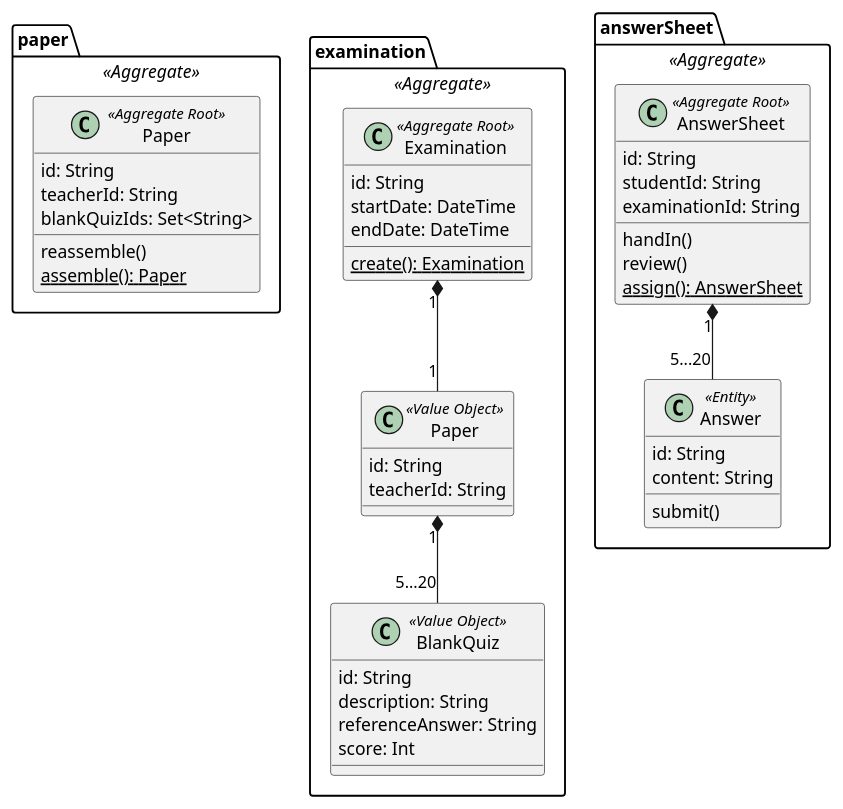
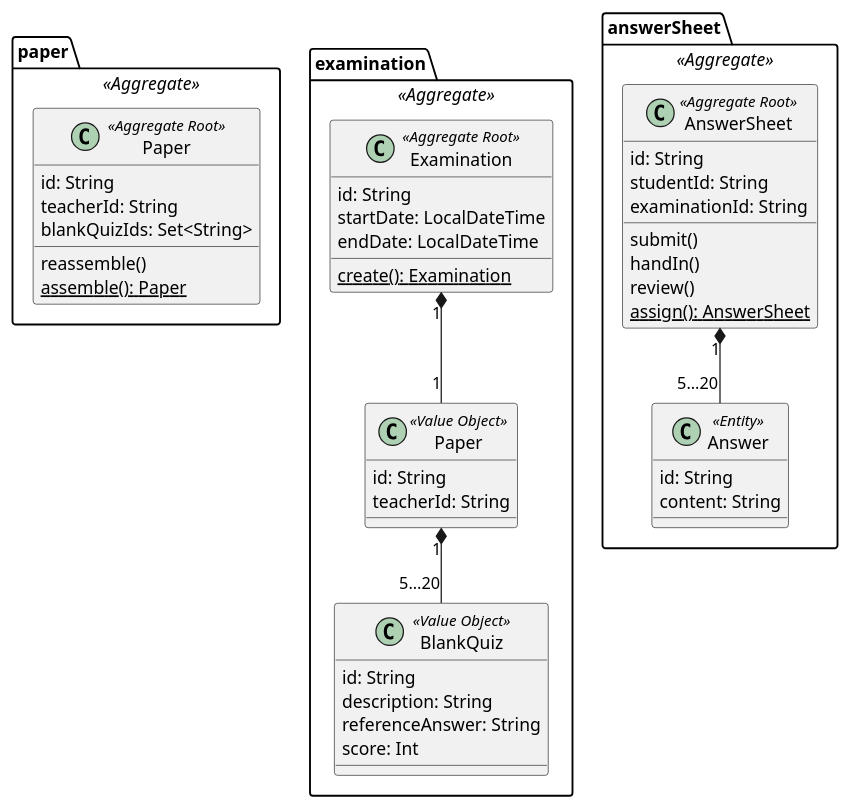
The diagram in design/demo.puml (YoungForWP/exam-plantform), drawn with PlantUML before and after one commit. The commit also changed 11 other files, not shown here.

```diff
--- a/design/demo.puml
+++ b/design/demo.puml
@@ -1,56 +1,56 @@
 @startuml
 
 package paper <<Aggregate>> {
     class Paper <<Aggregate Root>> {
         id: String
         teacherId: String
         blankQuizIds: Set<String>
         reassemble()
         {static} assemble(): Paper
     }
 }
 
 package examination <<Aggregate>>  {
 
     class Examination <<Aggregate Root>> {
         id: String
-        startDate: DateTime
-        endDate: DateTime
+        startDate: LocalDateTime
+        endDate: LocalDateTime
         {static} create(): Examination
     }
 
     class "Paper" as p <<Value Object>>{
         id: String
         teacherId: String
     }
 
     class "BlankQuiz" as b <<Value Object>> {
         id: String
         description: String
         referenceAnswer: String
         score: Int
     }
 
     Examination "1" *-- "1" p
     p "1" *-- "5...20" b
 }
 
 package answerSheet <<Aggregate>> {
     class AnswerSheet <<Aggregate Root>> {
         id: String
         studentId: String
         examinationId: String
+        submit()
         handIn()
         review()
         {static} assign(): AnswerSheet
     }
 
     class "Answer" <<Entity>> {
         id: String
         content: String
-        submit()
     }
     AnswerSheet "1" *-- "5...20" Answer
 }
 
 @enduml
```
